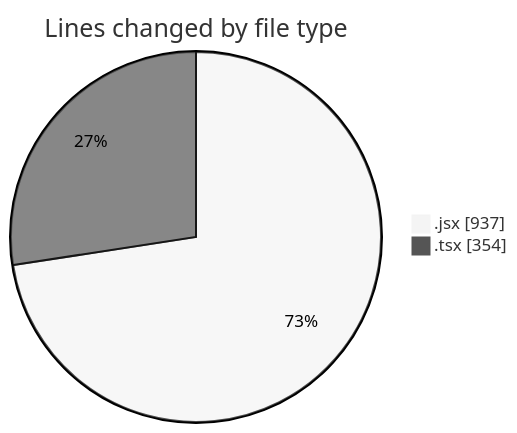
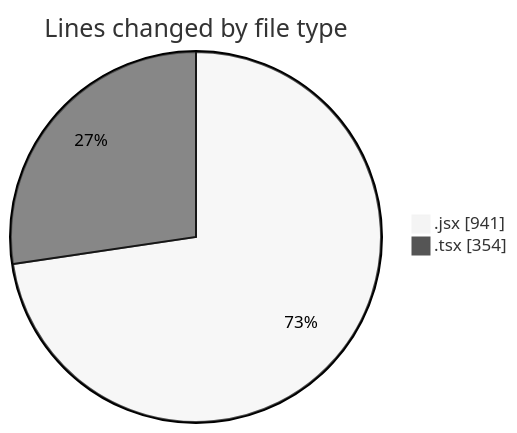
The first of 2 diagrams in 2026-02-16/cda/README.md (momahboobian/code-tracking), drawn with Mermaid (neutral theme) before and after one commit. The commit also changed other lines of this file and 1 other file, not shown here.

````diff
--- a/2026-02-16/cda/README.md
+++ b/2026-02-16/cda/README.md
@@ -25,6 +25,6 @@
 ```mermaid
 pie showData
 title Lines changed by file type
-".jsx" : 937
+".jsx" : 941
 ".tsx" : 354
 ```
````
